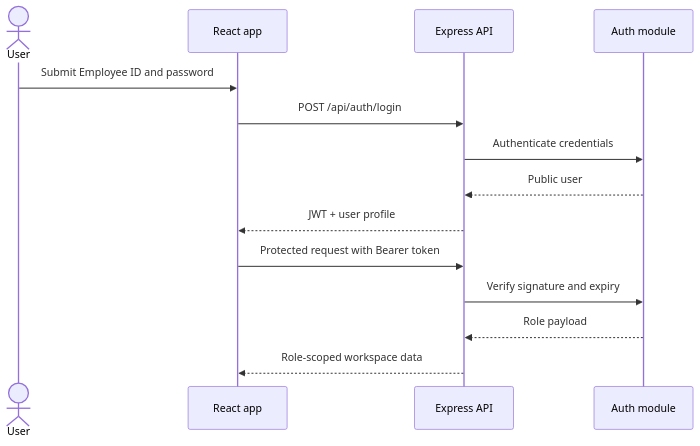
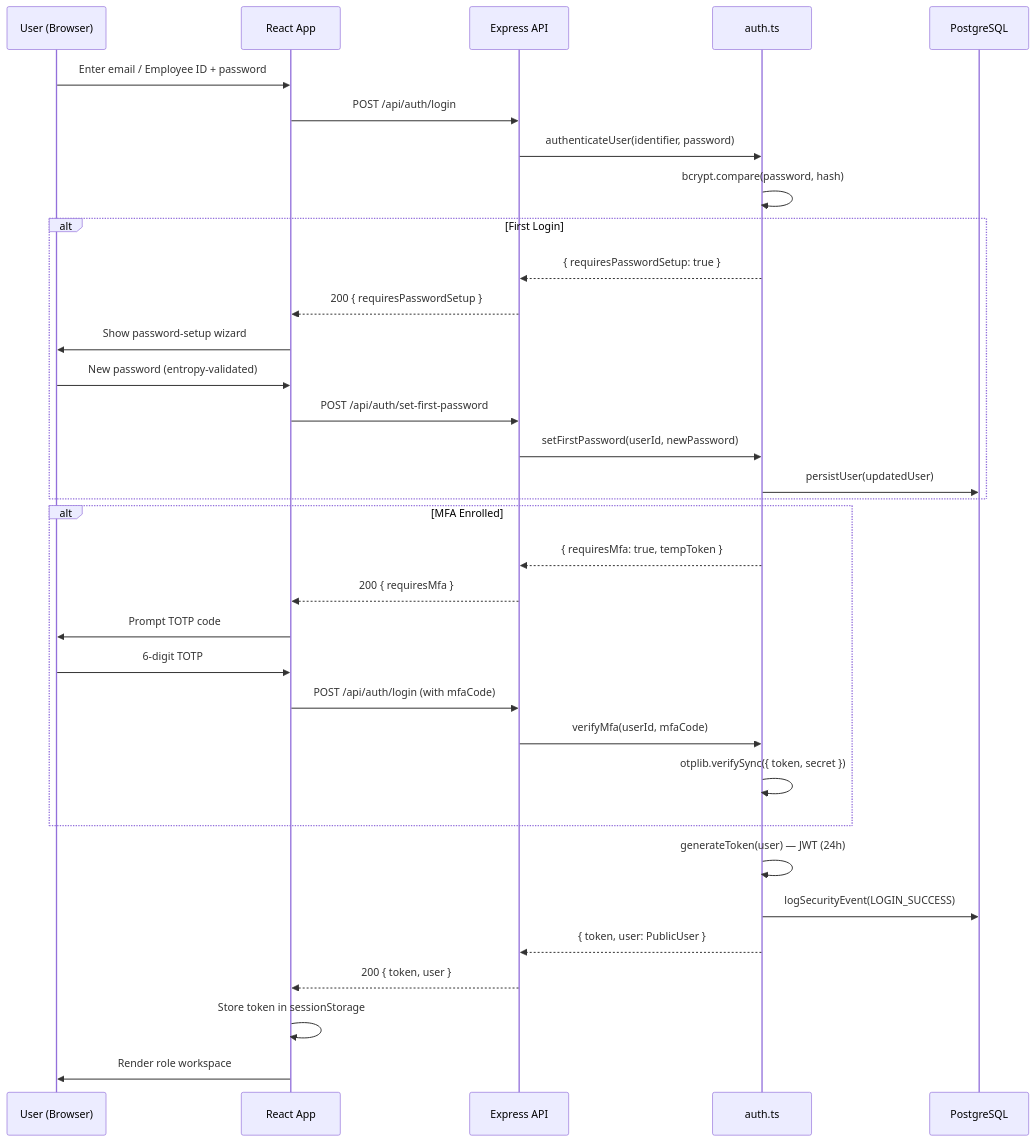
One commit to sibbsagentmathonsi-hash/NPRT630 changed the second of 5 diagrams in README.md. Above: the diagram before and after it, drawn with Mermaid. The commit also changed other lines of this file and 27 other files, not shown here.

First line of the commit message:
feat: professional brand logo, 60-test suite, admin capabilities, PostgreSQL hydration, and enriched README

````diff
--- a/README.md
+++ b/README.md
@@ -92,17 +103,37 @@
 ```mermaid
 sequenceDiagram
-	actor User
-	participant UI as React app
-	participant API as Express API
-	participant Auth as Auth module
+    participant U as User (Browser)
+    participant FE as React App
+    participant API as Express API
+    participant AUTH as auth.ts
+    participant DB as PostgreSQL
 
-	User->>UI: Submit Employee ID and password
-	UI->>API: POST /api/auth/login
-	API->>Auth: Authenticate credentials
-	Auth-->>API: Public user
-	API-->>UI: JWT + user profile
-	UI->>API: Protected request with Bearer token
-	API->>Auth: Verify signature and expiry
-	Auth-->>API: Role payload
-	API-->>UI: Role-scoped workspace data
+    U->>FE: Enter email / Employee ID + password
+    FE->>API: POST /api/auth/login
+    API->>AUTH: authenticateUser(identifier, password)
+    AUTH->>AUTH: bcrypt.compare(password, hash)
+    alt First Login
+        AUTH-->>API: { requiresPasswordSetup: true }
+        API-->>FE: 200 { requiresPasswordSetup }
+        FE->>U: Show password-setup wizard
+        U->>FE: New password (entropy-validated)
+        FE->>API: POST /api/auth/set-first-password
+        API->>AUTH: setFirstPassword(userId, newPassword)
+        AUTH->>DB: persistUser(updatedUser)
+    end
+    alt MFA Enrolled
+        AUTH-->>API: { requiresMfa: true, tempToken }
+        API-->>FE: 200 { requiresMfa }
+        FE->>U: Prompt TOTP code
+        U->>FE: 6-digit TOTP
+        FE->>API: POST /api/auth/login (with mfaCode)
+        API->>AUTH: verifyMfa(userId, mfaCode)
+        AUTH->>AUTH: otplib.verifySync({ token, secret })
+    end
+    AUTH->>AUTH: generateToken(user) — JWT (24h)
+    AUTH->>DB: logSecurityEvent(LOGIN_SUCCESS)
+    AUTH-->>API: { token, user: PublicUser }
+    API-->>FE: 200 { token, user }
+    FE->>FE: Store token in sessionStorage
+    FE->>U: Render role workspace
 ```
````
